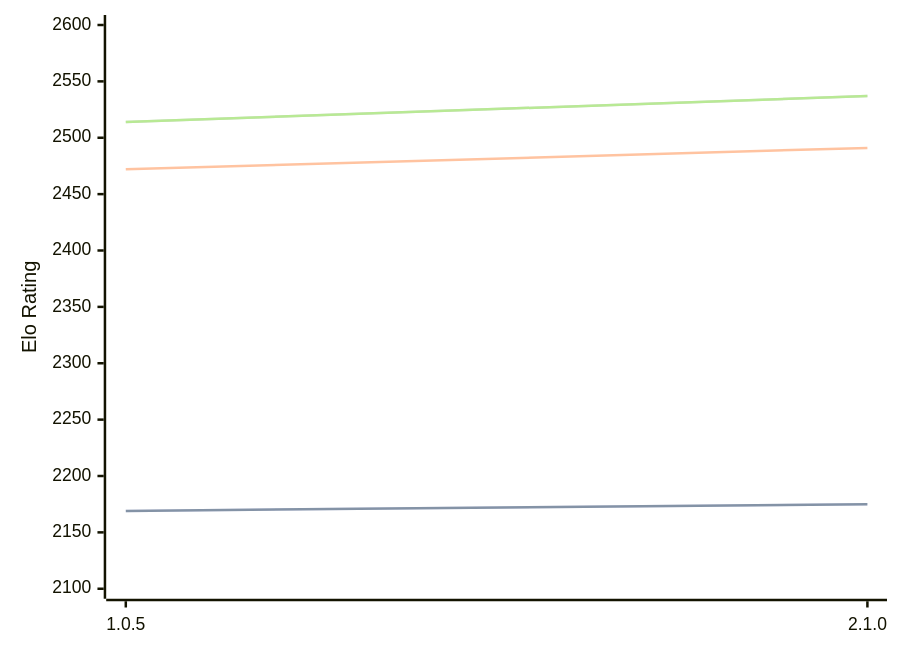
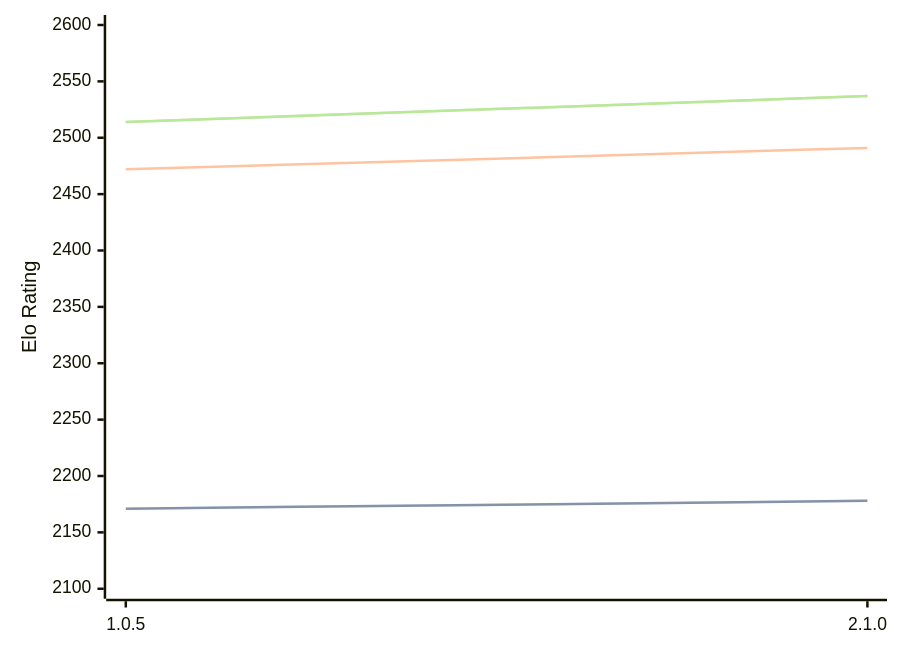
One commit to computer-chess-index/cci changed the diagram in engines/Ruffian.md. Above: the diagram before and after it, drawn with Mermaid. The commit also changed other lines of this file, not shown here.

````diff
--- a/engines/Ruffian.md
+++ b/engines/Ruffian.md
@@ -32,11 +32,11 @@
 ```mermaid
 %%{init: {"theme":"base","themeVariables":{"seriesColors:['#a3a3a3','#222221','#faa371']}}}%%
 xychart-beta
   x-axis ["1.0.5", "2.1.0"]
   y-axis "Elo Rating" 2100 --> 2600
-  line "STC (8.0+0.08s)" [2169, 2175]
-  line "STC (8.0+0.08s)" [2169, 2175]
+  line "STC (8.0+0.08s)" [2171, 2178]
+  line "STC (8.0+0.08s)" [2171, 2178]
   line "LTC (60.0+0.60s)" [2472, 2491]
   line "VLTC (2m24s+1.12s)" [2514, 2537]
   line "VLTC (2m24s+1.12s)" [2514, 2537]
 ```
````
